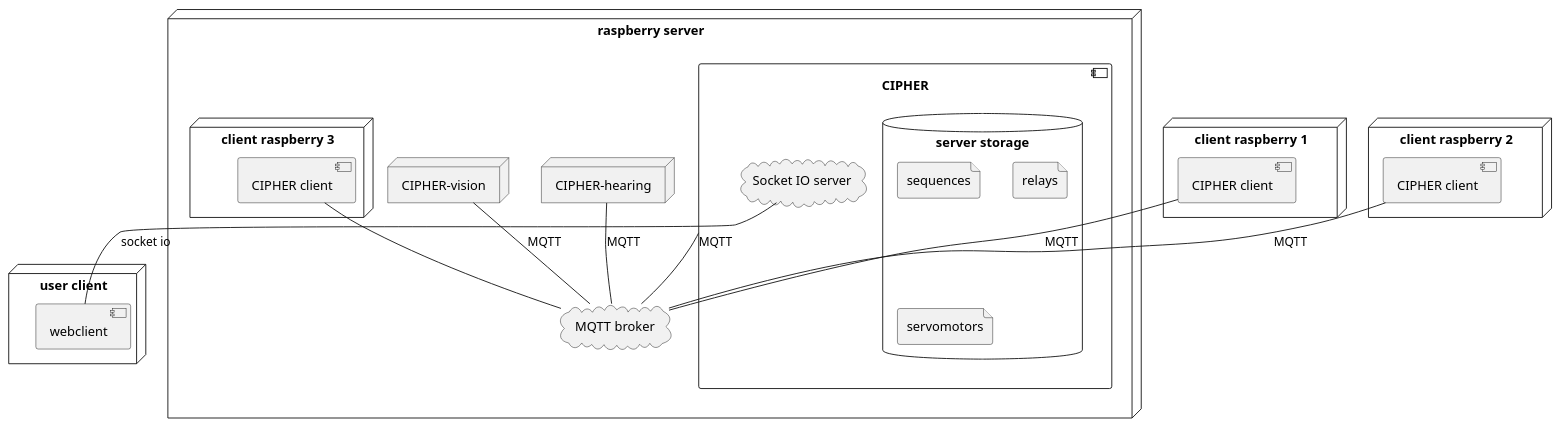
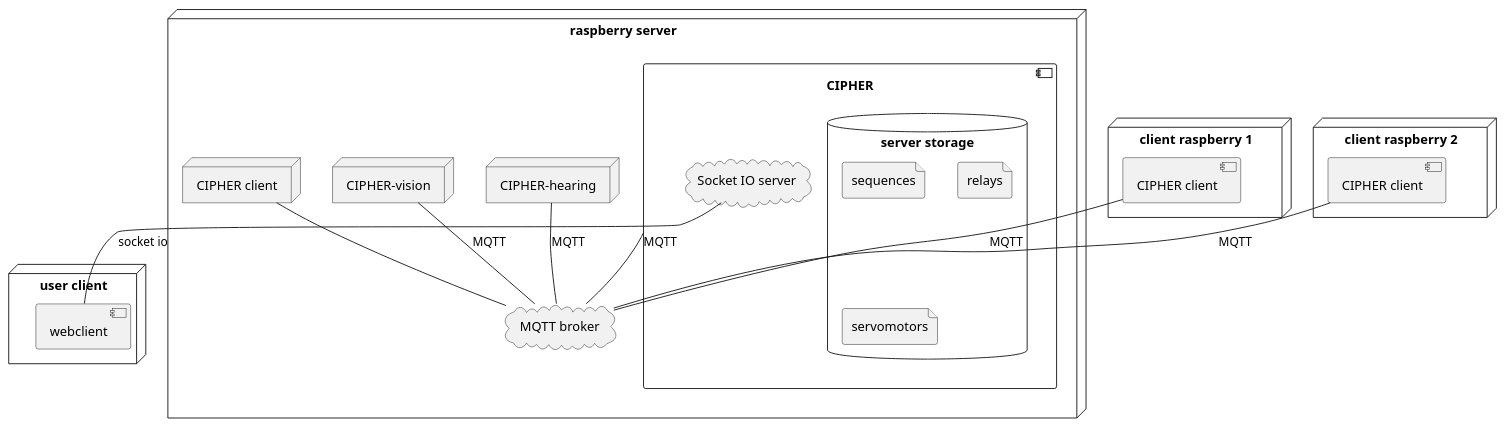
Before and after one commit to valorun/CIPHER: the diagram in docs/diagrams/src/deployment.pu, drawn with PlantUML. The commit also changed 11 other files, not shown here.

```diff
--- a/docs/diagrams/src/deployment.pu
+++ b/docs/diagrams/src/deployment.pu
@@ -1,38 +1,36 @@
 @startuml deployment
 
 node "raspberry server" as raspi_server {
     cloud "MQTT broker" as MQTT
     component CIPHER{
         cloud "Socket IO server" as SocketIO
         database "server storage" as server {
             file sequences
             file relays
             file servomotors
         }
     }
-    node "client raspberry 3" as raspi_client_3 {
-        component "CIPHER client" as CIPHER_client_3
-        CIPHER_client_3 -- MQTT
-    }
+    node "CIPHER client" as CIPHER_client_3
+    CIPHER_client_3 -- MQTT
     node "CIPHER-hearing" as hearing
     hearing -- MQTT : "MQTT"
     node "CIPHER-vision" as vision
     vision -- MQTT : "MQTT"
     CIPHER -- MQTT : "MQTT"
 }
 
 node "client raspberry 1" as raspi_client_1 {
     component "CIPHER client" as CIPHER_client_1
     CIPHER_client_1 -- MQTT : "MQTT"
 }
 
 node "client raspberry 2" as raspi_client_2 {
     component "CIPHER client" as CIPHER_client_2
     CIPHER_client_2 -- MQTT : "MQTT"
 }
 
 node "user client" as user {
     component webclient
     SocketIO -- webclient : "socket io"
 }
 @enduml
```
